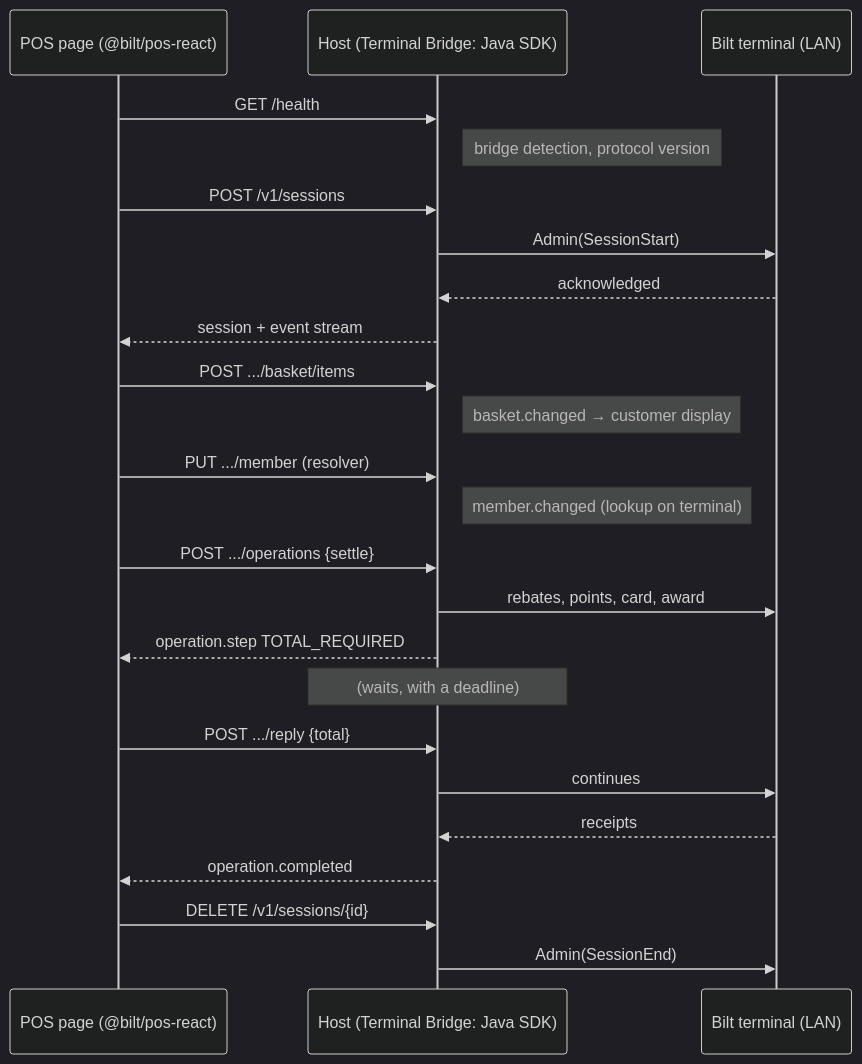
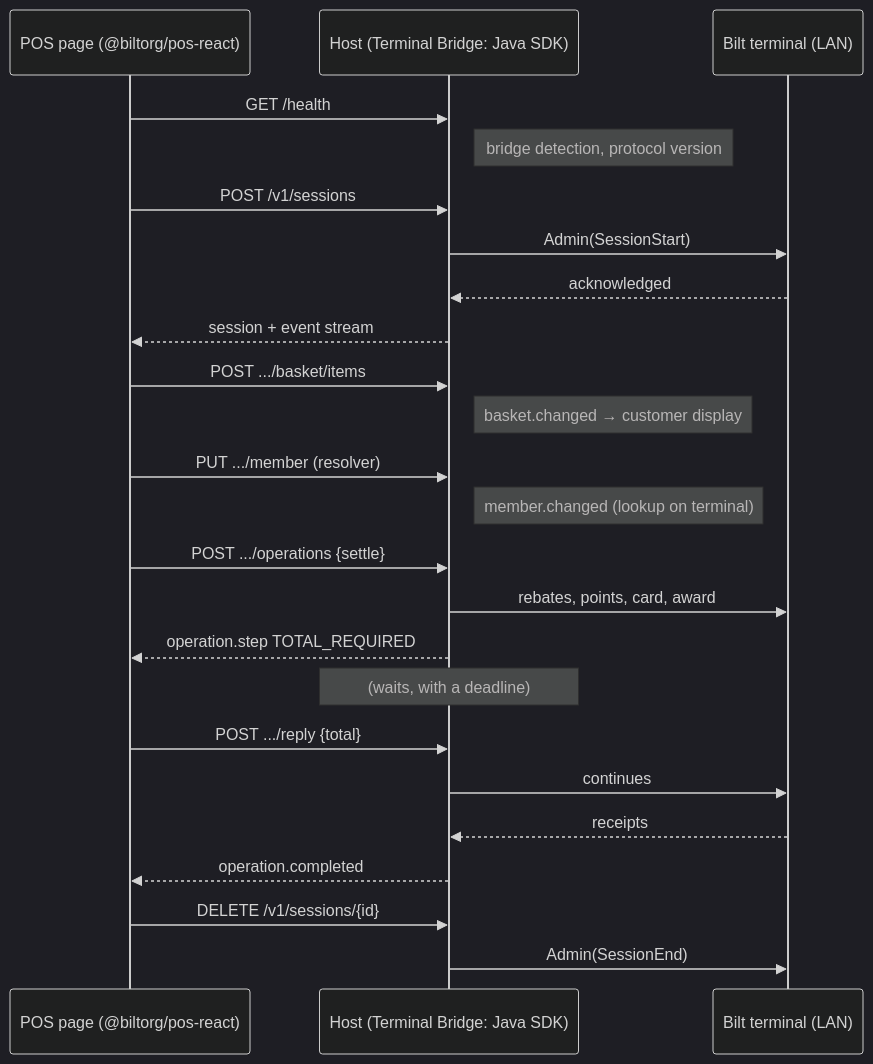
The diagram in docs/javascript-sdk-integration.md (biltrewards/bilt-pos-sdk), drawn with Mermaid (dark theme) before and after one commit. The commit also changed other lines of this file and 133 other files, not shown here.

First line of the commit message:
Publish the JS packages to Artifact Registry as @biltorg/pos-* (RET-7036) (#164)

````diff
--- a/docs/javascript-sdk-integration.md
+++ b/docs/javascript-sdk-integration.md
@@ -38,27 +38,27 @@
 ```mermaid
 sequenceDiagram
-    participant P as POS page (@bilt/pos-react)
+    participant P as POS page (@biltorg/pos-react)
     participant H as Host (Terminal Bridge: Java SDK)
     participant T as Bilt terminal (LAN)
 
     P->>H: GET /health
     Note right of H: bridge detection, protocol version
     P->>H: POST /v1/sessions
     H->>T: Admin(SessionStart)
     T-->>H: acknowledged
     H-->>P: session + event stream
     P->>H: POST .../basket/items
     Note right of H: basket.changed → customer display
     P->>H: PUT .../member (resolver)
     Note right of H: member.changed (lookup on terminal)
     P->>H: POST .../operations {settle}
     H->>T: rebates, points, card, award
     H-->>P: operation.step TOTAL_REQUIRED
     Note over H: (waits, with a deadline)
     P->>H: POST .../reply {total}
     H->>T: continues
     T-->>H: receipts
     H-->>P: operation.completed
     P->>H: DELETE /v1/sessions/{id}
     H->>T: Admin(SessionEnd)
 ```
````
